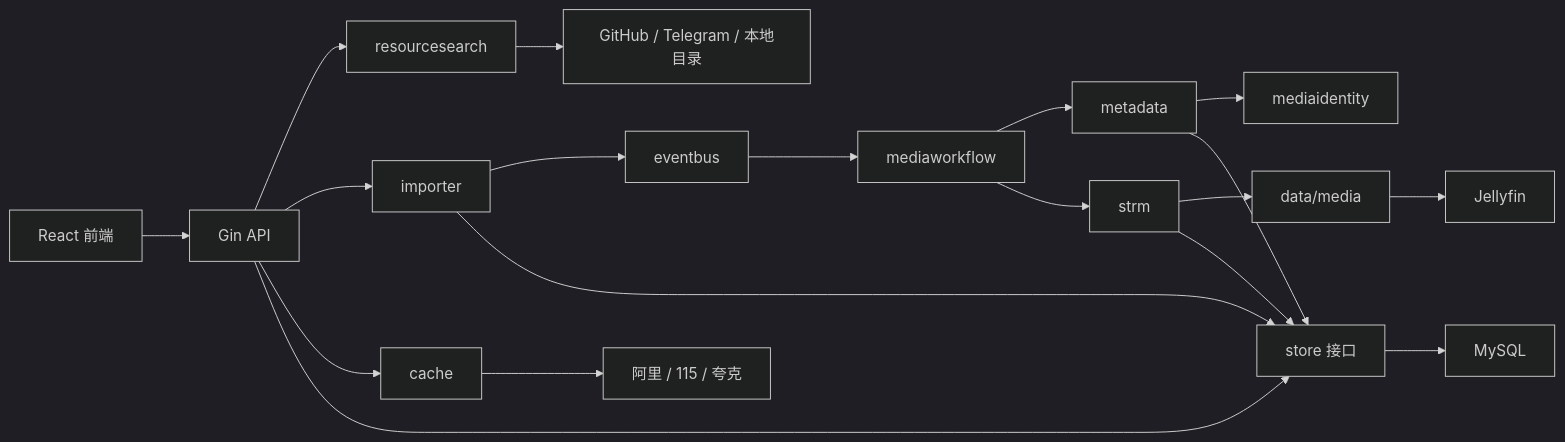
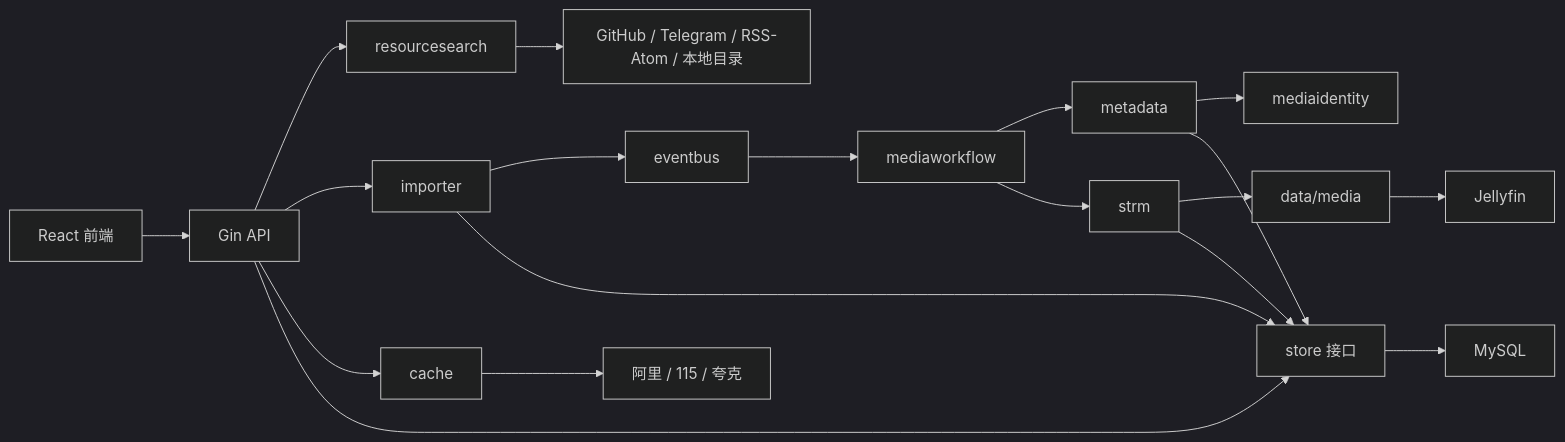
One commit to hongguang1994/ivideo changed the diagram in docs/architecture.md. Above: the diagram before and after it, drawn with Mermaid (dark theme). The commit also changed other lines of this file and 18 other files, not shown here.

Commit message:
feat: add scheduled RSS and Atom discovery sources

````diff
--- a/docs/architecture.md
+++ b/docs/architecture.md
@@ -7,21 +7,21 @@
 ```mermaid
 flowchart LR
     UI["React 前端"] --> API["Gin API"]
     API --> Discovery["resourcesearch"]
     API --> Importer["importer"]
     API --> Cache["cache"]
     Importer --> Events["eventbus"]
     Events --> Workflow["mediaworkflow"]
     Workflow --> Metadata["metadata"]
     Metadata --> Identity["mediaidentity"]
     Workflow --> Publisher["strm"]
     Publisher --> MediaDir["data/media"]
     MediaDir --> Jellyfin["Jellyfin"]
     Cache --> Drives["阿里 / 115 / 夸克"]
-    Discovery --> PublicSources["GitHub / Telegram / 本地目录"]
+    Discovery --> PublicSources["GitHub / Telegram / RSS-Atom / 本地目录"]
     API --> Store["store 接口"]
     Importer --> Store
     Metadata --> Store
     Publisher --> Store
     Store --> MySQL["MySQL"]
 ```
````
